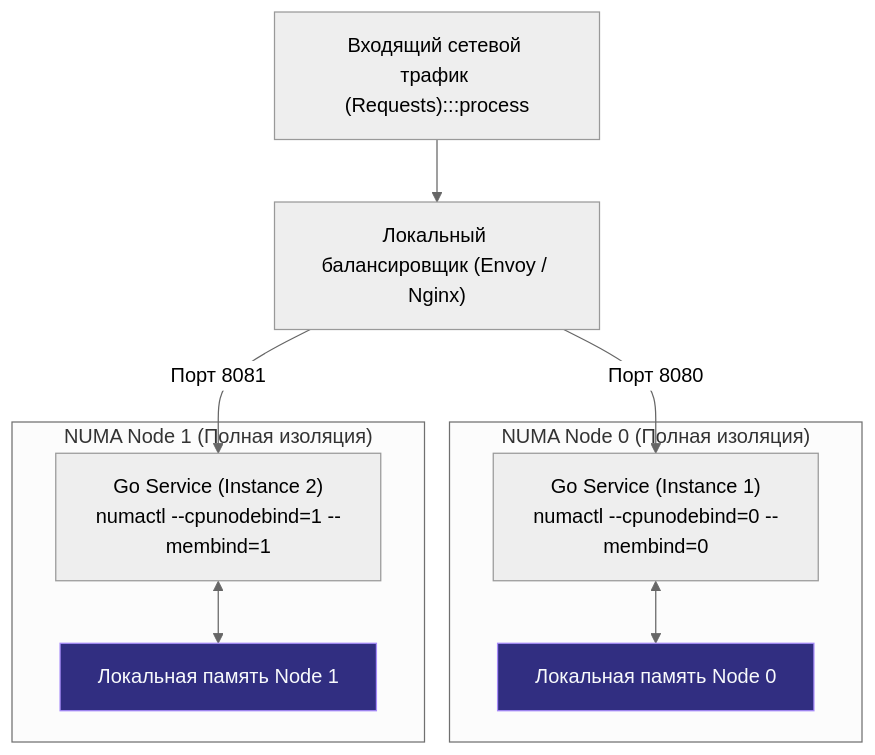
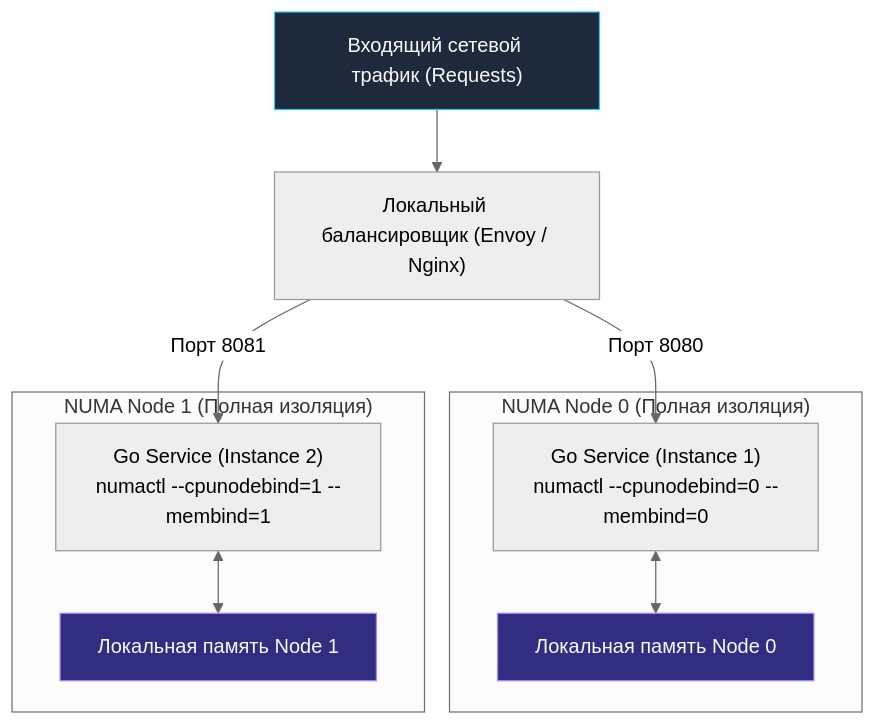
The second of 2 diagrams in sources/1. Архитектура компьютера/31. NUMA. Non Uniform Memory Access.md (UnrealTemplier/go-textbook-ru), drawn with Mermaid (neutral theme) before and after one commit. The commit also changed 77 other files, not shown here.

````diff
--- a/sources/1. Архитектура компьютера/31. NUMA. Non Uniform Memory Access.md
+++ b/sources/1. Архитектура компьютера/31. NUMA. Non Uniform Memory Access.md
@@ -158,29 +158,29 @@
 ```mermaid
 flowchart TD
     classDef process  fill:#1e293b,stroke:#38bdf8,stroke-width:1px,color:#f8fafc
     classDef success  fill:#064e3b,stroke:#34d399,stroke-width:1px,color:#f8fafc
     classDef error    fill:#7f1d1d,stroke:#f87171,stroke-width:1px,color:#f8fafc
     classDef warning  fill:#78350f,stroke:#fbbf24,stroke-width:1px,color:#f8fafc
     classDef entry    fill:#1e3a5f,stroke:#38bdf8,stroke-width:2px,color:#f8fafc
     classDef aux      fill:#334155,stroke:#64748b,stroke-width:1px,color:#f8fafc
     classDef system   fill:#312e81,stroke:#a78bfa,stroke-width:1px,color:#f8fafc
     classDef data     fill:#132d29,stroke:#2dd4bf,stroke-width:1px,color:#f8fafc
     classDef network  fill:#881337,stroke:#fb7185,stroke-width:1px,color:#f8fafc
     classDef accent   fill:#1e1b4b,stroke:#818cf8,stroke-width:1px,color:#f8fafc
-    Traffic["Входящий сетевой трафик (Requests):::process"] --> LB["Локальный балансировщик (Envoy / Nginx)"]
+    Traffic["Входящий сетевой трафик (Requests)"]:::process --> LB["Локальный балансировщик (Envoy / Nginx)"]
     
     subgraph S1 ["NUMA Node 0 (Полная изоляция)"]
         App1["Go Service (Instance 1)<br>numactl --cpunodebind=0 --membind=0"]
         RAM1["Локальная память Node 0"]:::system
         App1 <--> RAM1
     end
 
     subgraph S2 ["NUMA Node 1 (Полная изоляция)"]
         App2["Go Service (Instance 2)<br>numactl --cpunodebind=1 --membind=1"]
         RAM2["Локальная память Node 1"]:::system
         App2 <--> RAM2
     end
     
     LB -->|Порт 8080| App1
     LB -->|Порт 8081| App2
 ```
````
